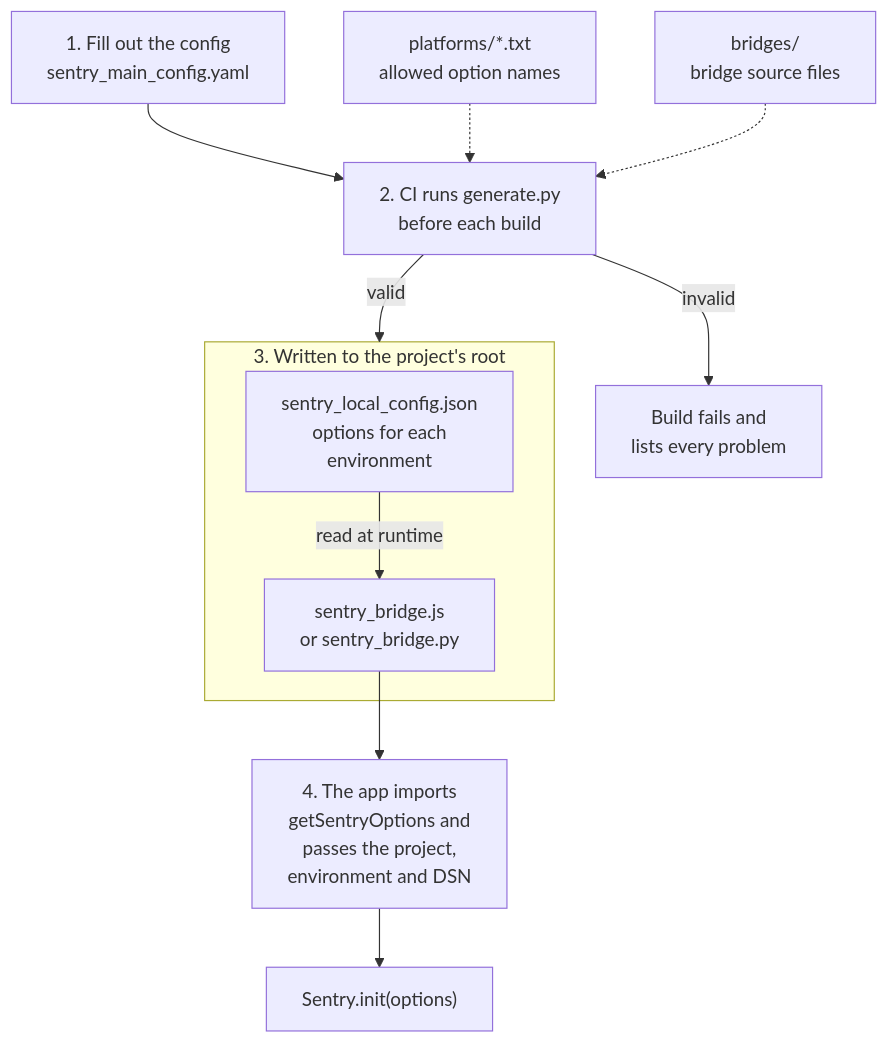
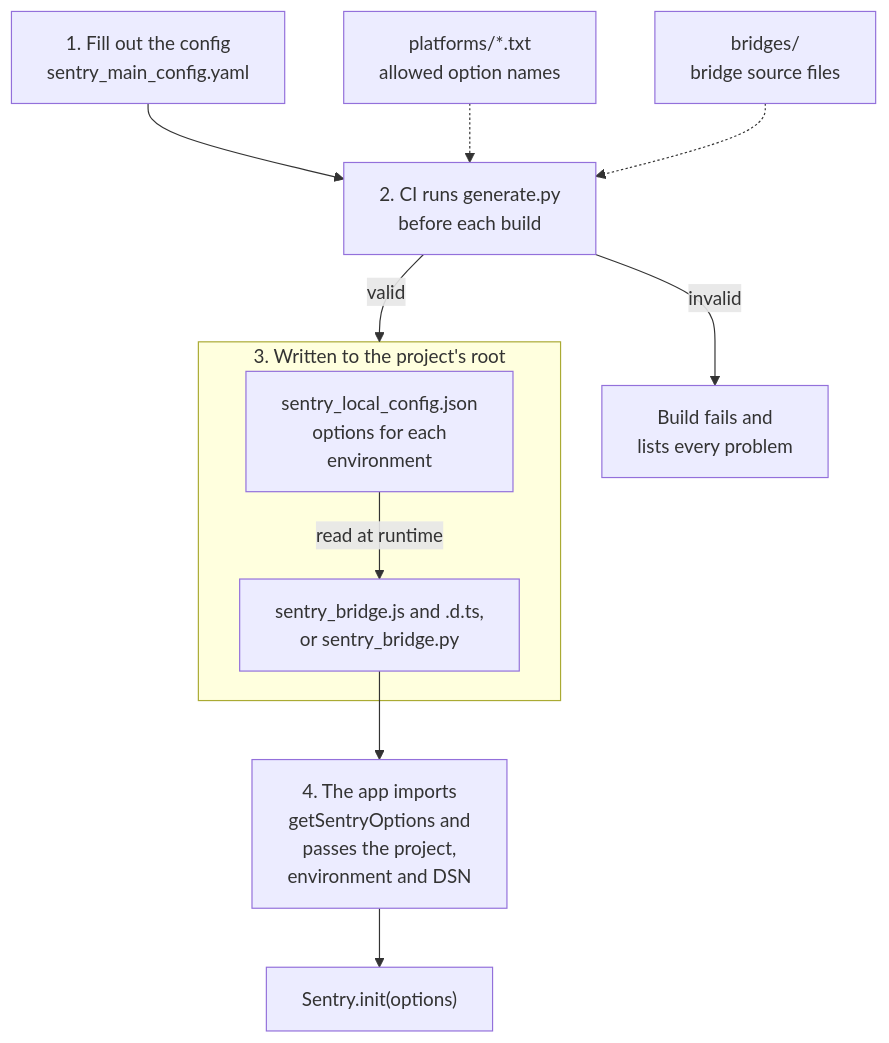
One commit to ChirayuRai/Sentry_Central_Config changed the diagram in README.md. Above: the diagram before and after it, drawn with Mermaid. The commit also changed other lines of this file and 26 other files, not shown here.

````diff
--- a/README.md
+++ b/README.md
@@ -7,23 +7,23 @@
 ```mermaid
 flowchart TD
     config["1. Fill out the config<br/>sentry_main_config.yaml"]
     lists["platforms/*.txt<br/>allowed option names"]
     source["bridges/<br/>bridge source files"]
     generate["2. CI runs generate.py<br/>before each build"]
     fail["Build fails and<br/>lists every problem"]
     subgraph out["3. Written to the project's root"]
         json["sentry_local_config.json<br/>options for each<br/>environment"]
-        bridge["sentry_bridge.js<br/>or sentry_bridge.py"]
+        bridge["sentry_bridge.js and .d.ts,<br/>or sentry_bridge.py"]
     end
     app["4. The app imports<br/>getSentryOptions and<br/>passes the project,<br/>environment and DSN"]
     sdk["Sentry.init(options)"]
 
     config --> generate
     lists -.-> generate
     source -.-> generate
     generate -->|invalid| fail
     generate -->|valid| out
     json -->|read at runtime| bridge
     bridge --> app
     app --> sdk
 ```
````
